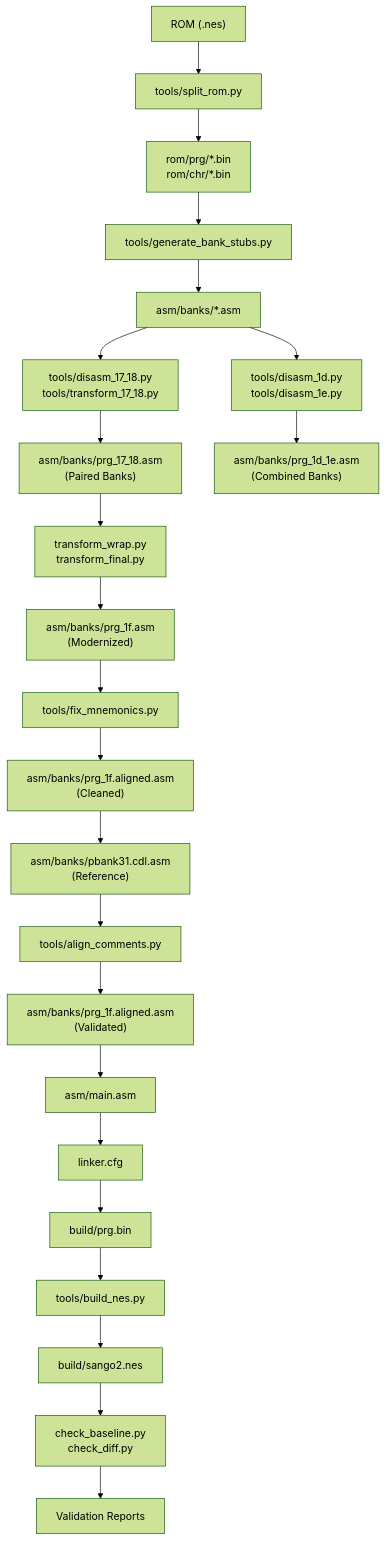
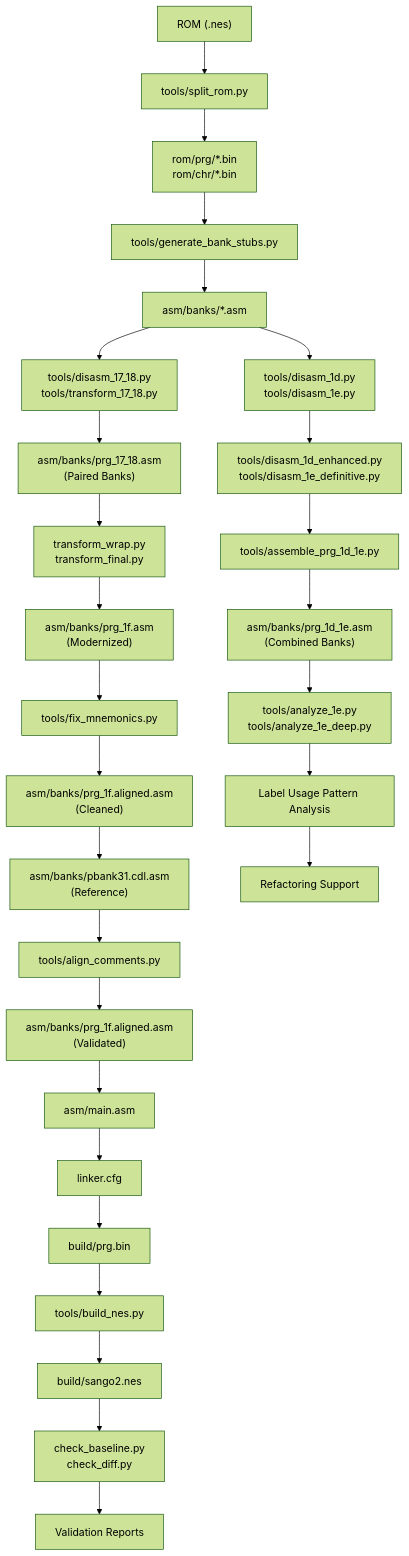
One commit to rabbyzero/sango2dasm changed the first of 7 diagrams in .qoder/repowiki/en/content/Disassembly Workflow/Disassembly Workflow.md. Above: the diagram before and after it, drawn with Mermaid (forest theme). The commit also changed other lines of this file and 10 other files, not shown here.

Commit message:
prg bank $1d $1e analysis WIP

````diff
--- a/.qoder/repowiki/en/content/Disassembly Workflow/Disassembly Workflow.md
+++ b/.qoder/repowiki/en/content/Disassembly Workflow/Disassembly Workflow.md
@@ -96,25 +100,30 @@
 ```mermaid
 graph TB
 A["ROM (.nes)"] --> B["tools/split_rom.py"]
 B --> C["rom/prg/*.bin<br/>rom/chr/*.bin"]
 C --> D["tools/generate_bank_stubs.py"]
 D --> E["asm/banks/*.asm"]
 E --> F["tools/disasm_17_18.py<br/>tools/transform_17_18.py"]
 F --> G["asm/banks/prg_17_18.asm<br/>(Paired Banks)"]
 E --> H["tools/disasm_1d.py<br/>tools/disasm_1e.py"]
-H --> I["asm/banks/prg_1d_1e.asm<br/>(Combined Banks)"]
-G --> J["transform_wrap.py<br/>transform_final.py"]
-J --> K["asm/banks/prg_1f.asm<br/>(Modernized)"]
-K --> L["tools/fix_mnemonics.py"]
-L --> M["asm/banks/prg_1f.aligned.asm<br/>(Cleaned)"]
-M --> N["asm/banks/pbank31.cdl.asm<br/>(Reference)"]
-N --> O["tools/align_comments.py"]
-O --> P["asm/banks/prg_1f.aligned.asm<br/>(Validated)"]
-P --> Q["asm/main.asm"]
-Q --> R["linker.cfg"]
-R --> S["build/prg.bin"]
-S --> T["tools/build_nes.py"]
-T --> U["build/sango2.nes"]
-U --> V["check_baseline.py<br/>check_diff.py"]
-V --> W["Validation Reports"]
+H --> I["tools/disasm_1d_enhanced.py<br/>tools/disasm_1e_definitive.py"]
+I --> J["tools/assemble_prg_1d_1e.py"]
+J --> K["asm/banks/prg_1d_1e.asm<br/>(Combined Banks)"]
+G --> L["transform_wrap.py<br/>transform_final.py"]
+L --> M["asm/banks/prg_1f.asm<br/>(Modernized)"]
+M --> N["tools/fix_mnemonics.py"]
+N --> O["asm/banks/prg_1f.aligned.asm<br/>(Cleaned)"]
+O --> P["asm/banks/pbank31.cdl.asm<br/>(Reference)"]
+P --> Q["tools/align_comments.py"]
+Q --> R["asm/banks/prg_1f.aligned.asm<br/>(Validated)"]
+R --> S["asm/main.asm"]
+S --> T["linker.cfg"]
+T --> U["build/prg.bin"]
+U --> V["tools/build_nes.py"]
+V --> W["build/sango2.nes"]
+W --> X["check_baseline.py<br/>check_diff.py"]
+X --> Y["Validation Reports"]
+K --> Z["tools/analyze_1e.py<br/>tools/analyze_1e_deep.py"]
+Z --> AA["Label Usage Pattern Analysis"]
+AA --> BB["Refactoring Support"]
 ```
````
